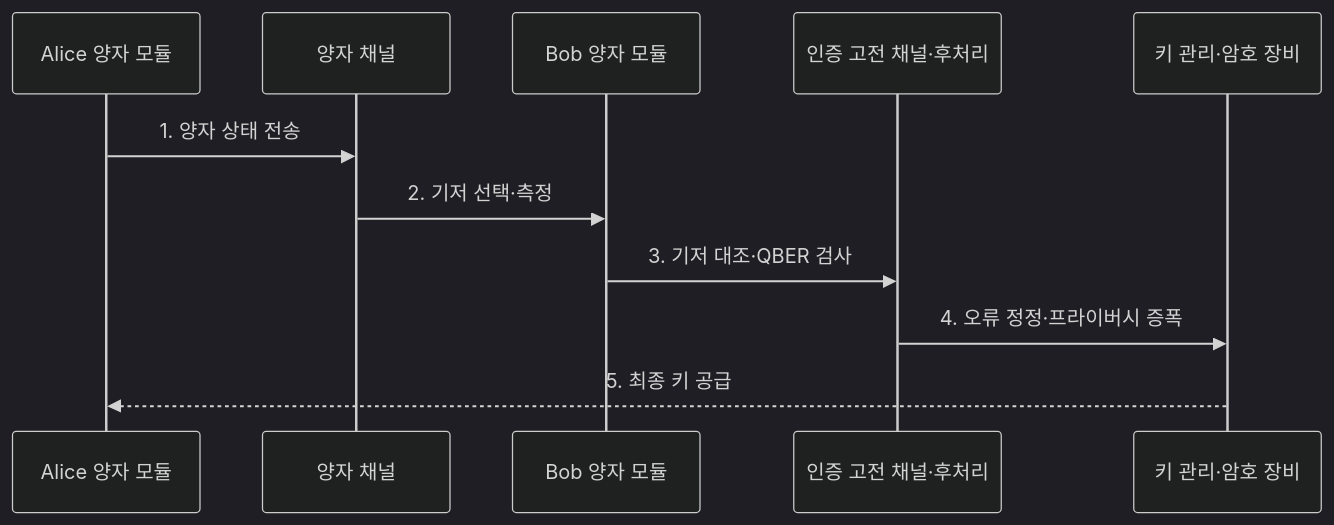
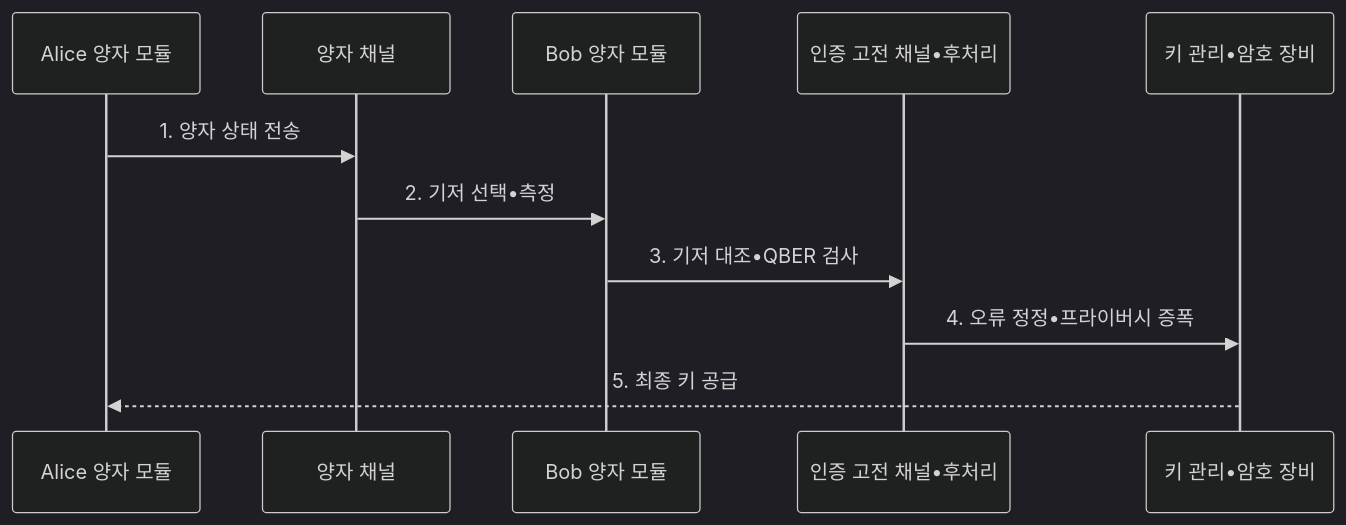
One commit to agnusdei1207/knowledge-base changed the second of 2 diagrams in src/content/docs/notes/08-latest-tech/217_qkd_quantum_key_distribution.md. Above: the diagram before and after it, drawn with Mermaid (dark theme). The commit also changed other lines of this file and 953 other files, not shown here.

````diff
--- a/src/content/docs/notes/08-latest-tech/217_qkd_quantum_key_distribution.md
+++ b/src/content/docs/notes/08-latest-tech/217_qkd_quantum_key_distribution.md
@@ -99,13 +99,13 @@
 ```mermaid
 sequenceDiagram
   participant A as Alice 양자 모듈
   participant Q as 양자 채널
   participant B as Bob 양자 모듈
-  participant C as 인증 고전 채널·후처리
-  participant K as 키 관리·암호 장비
+  participant C as 인증 고전 채널•후처리
+  participant K as 키 관리•암호 장비
   A->>Q: 1. 양자 상태 전송
-  Q->>B: 2. 기저 선택·측정
-  B->>C: 3. 기저 대조·QBER 검사
-  C->>K: 4. 오류 정정·프라이버시 증폭
+  Q->>B: 2. 기저 선택•측정
+  B->>C: 3. 기저 대조•QBER 검사
+  C->>K: 4. 오류 정정•프라이버시 증폭
   K-->>A: 5. 최종 키 공급
 ```
````
